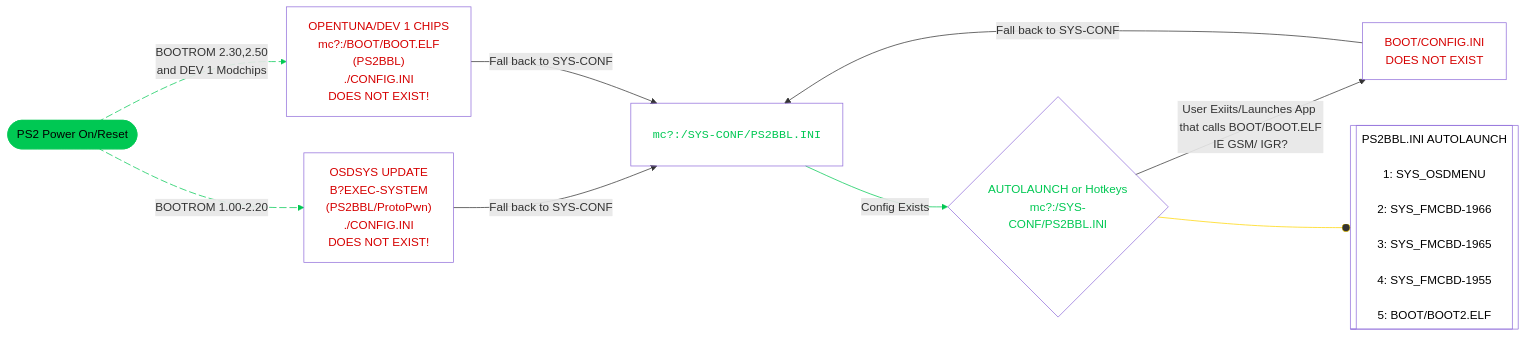
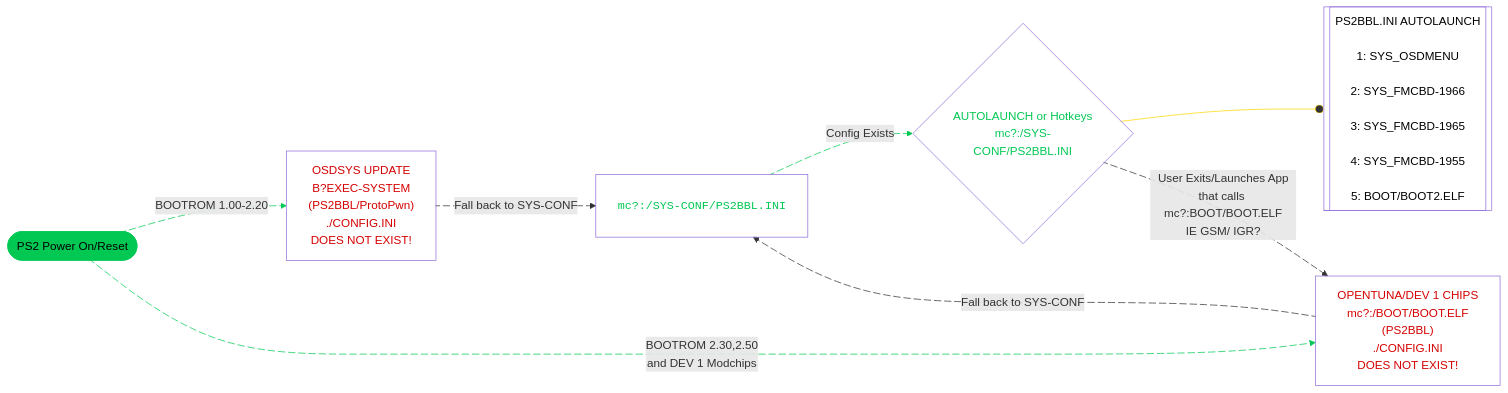
Before and after one commit to playerjmr/ps2homebrewstore: the diagram in docs/umcs/index.md, drawn with Mermaid.

Commit message:
update mermaid chart

````diff
--- a/docs/umcs/index.md
+++ b/docs/umcs/index.md
@@ -74,33 +74,34 @@
 ```mermaid
 graph LR
     A(["PS2 Power On/Reset"]) L_A_B_0@-- "BOOTROM 1.00-2.20" --> B["OSDSYS UPDATE<br>B?EXEC-SYSTEM<br>(PS2BBL/ProtoPwn)<br>./CONFIG.INI <br>DOES NOT EXIST!"]
-    A L_A_n1_0@-- "BOOTROM 2.30,2.50</br>and DEV 1 Modchips" --> n1["OPENTUNA/DEV 1 CHIPS<br>mc?:/BOOT/BOOT.ELF<br>(PS2BBL)<br>./CONFIG.INI <br>DOES NOT EXIST!"]
+    A L_A_n1_0@-- "BOOTROM 2.30,2.50<br>and DEV 1 Modchips" --> n1["OPENTUNA/DEV 1 CHIPS<br>mc?:/BOOT/BOOT.ELF<br>(PS2BBL)<br>./CONFIG.INI <br>DOES NOT EXIST!"]
     n5@{ label: "<pre style=\"font-family:\"><code style=\"font-family:\">mc?:/SYS-CONF/PS2BBL.INI</code></pre>" } -- Config Exists --> n6["AUTOLAUNCH or Hotkeys<br>mc?:/SYS-CONF/PS2BBL.INI"]
-    B -- "Fall back to SYS-CONF" --> n5
-    n1 -- "Fall back to SYS-CONF" --> n5
-    n6 -- "User Exiits/Launches App that calls BOOT/BOOT.ELF<br>IE GSM/ IGR?" --> n7["BOOT/CONFIG.INI <br>DOES NOT EXIST"]
-    n7 -- "Fall back to SYS-CONF" --> n5
+    B L_B_n5_0@-- "Fall back to SYS-CONF" --> n5
+    n1 L_n1_n5_0@-- "Fall back to SYS-CONF" --> n5
     n6 --o n10@{ label: "PS2BBL.INI AUTOLAUNCH<br style=\"--tw-scale-x:\"><br style=\"--tw-scale-x:\">1: SYS_OSDMENU<br style=\"--tw-scale-x:\"><br style=\"--tw-scale-x:\">2: SYS_FMCBD-1966<br style=\"--tw-scale-x:\"><br style=\"--tw-scale-x:\">3: SYS_FMCBD-1965<br style=\"--tw-scale-x:\"><br style=\"--tw-scale-x:\">4: SYS_FMCBD-1955<br style=\"--tw-scale-x:\"><br style=\"--tw-scale-x:\">5: BOOT/BOOT2.ELF" }
+    n6 L_n6_n1_0@-- "User Exits/Launches App<br>that calls mc?:BOOT/BOOT.ELF<br>IE GSM/ IGR?" --> n1
     B@{ shape: rect}
     n1@{ shape: rect}
     n5@{ shape: proc}
     n6@{ shape: diam}
-    n7@{ shape: rect}
     n10@{ shape: subproc}
      A:::Ash
     classDef Ash stroke-width:1px, stroke-dasharray:none, stroke:#999999, fill:#EEEEEE, color:#000000
     style A stroke:#00C853,fill:#00C853,color:none
     style B color:#D50000,fill:transparent
     style n1 color:#D50000,fill:transparent
     style n5 fill:transparent,color:#00C853
     style n6 fill:transparent,color:#00C853
-    style n7 fill:transparent,color:#D50000
     style n10 fill:transparent,color:#000000
     linkStyle 0 stroke:#00C853,fill:none
     linkStyle 1 stroke:#00C853,fill:none
     linkStyle 2 stroke:#00C853,fill:none
-    linkStyle 7 stroke:#FFD600,fill:none
+    linkStyle 5 stroke:#FFD600,fill:none
     L_A_B_0@{ animation: slow } 
-    L_A_n1_0@{ animation: slow }
+    L_A_n1_0@{ animation: slow } 
+    L_B_n5_0@{ animation: slow } 
+    L_n1_n5_0@{ animation: slow } 
+    L_n6_n1_0@{ animation: slow }
+    L_n5_n6_0@{ animation: slow }
 
 ```
````
